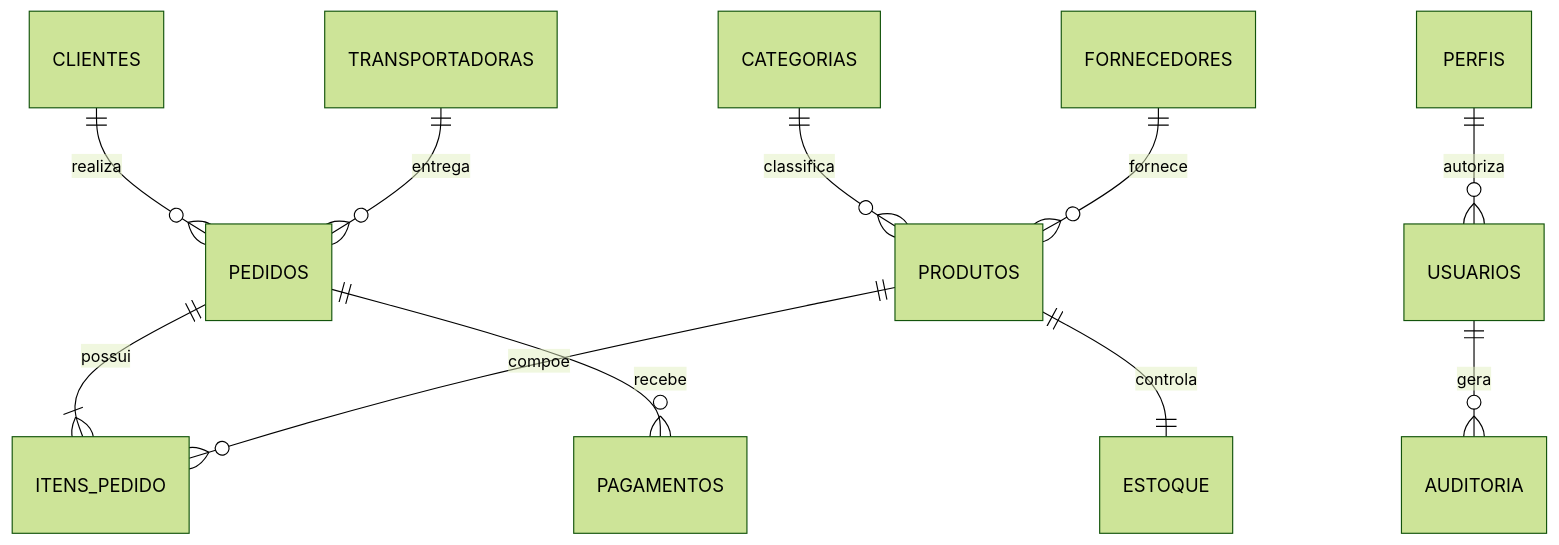
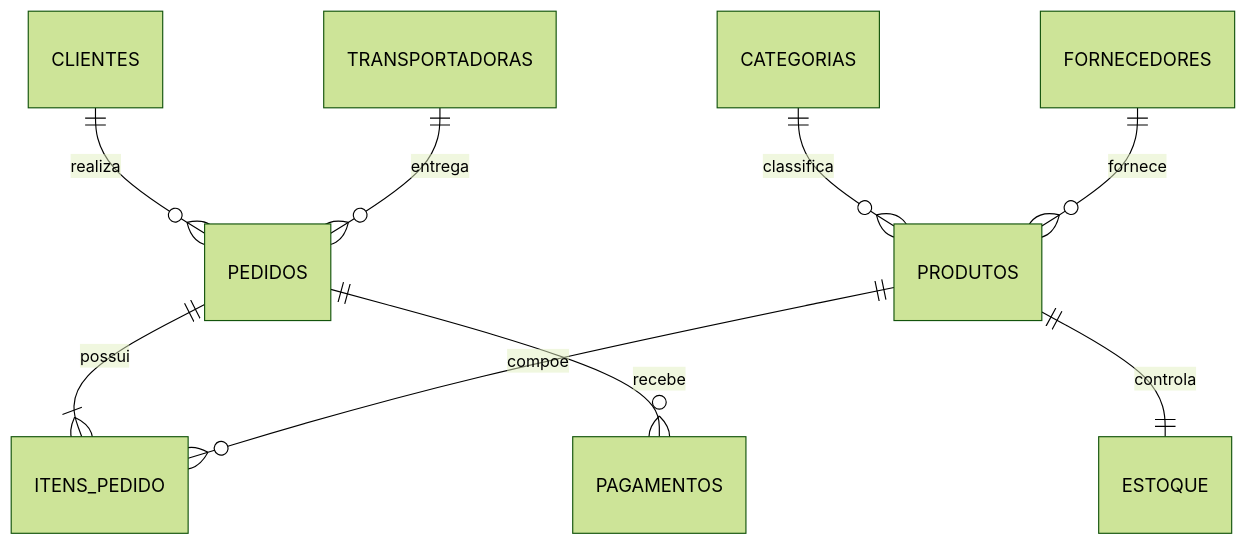
Before and after one commit to alehchain/sql-bootcamp: the diagram in README.md, drawn with Mermaid (forest theme). The commit also changed other lines of this file and 478 other files, not shown here.

````diff
--- a/README.md
+++ b/README.md
@@ -167,13 +95,11 @@
 ```mermaid
 erDiagram
     CLIENTES ||--o{ PEDIDOS : realiza
     PEDIDOS ||--|{ ITENS_PEDIDO : possui
     PRODUTOS ||--o{ ITENS_PEDIDO : compoe
     CATEGORIAS ||--o{ PRODUTOS : classifica
     FORNECEDORES ||--o{ PRODUTOS : fornece
     TRANSPORTADORAS ||--o{ PEDIDOS : entrega
     PEDIDOS ||--o{ PAGAMENTOS : recebe
     PRODUTOS ||--|| ESTOQUE : controla
-    PERFIS ||--o{ USUARIOS : autoriza
-    USUARIOS ||--o{ AUDITORIA : gera
 ```
````
